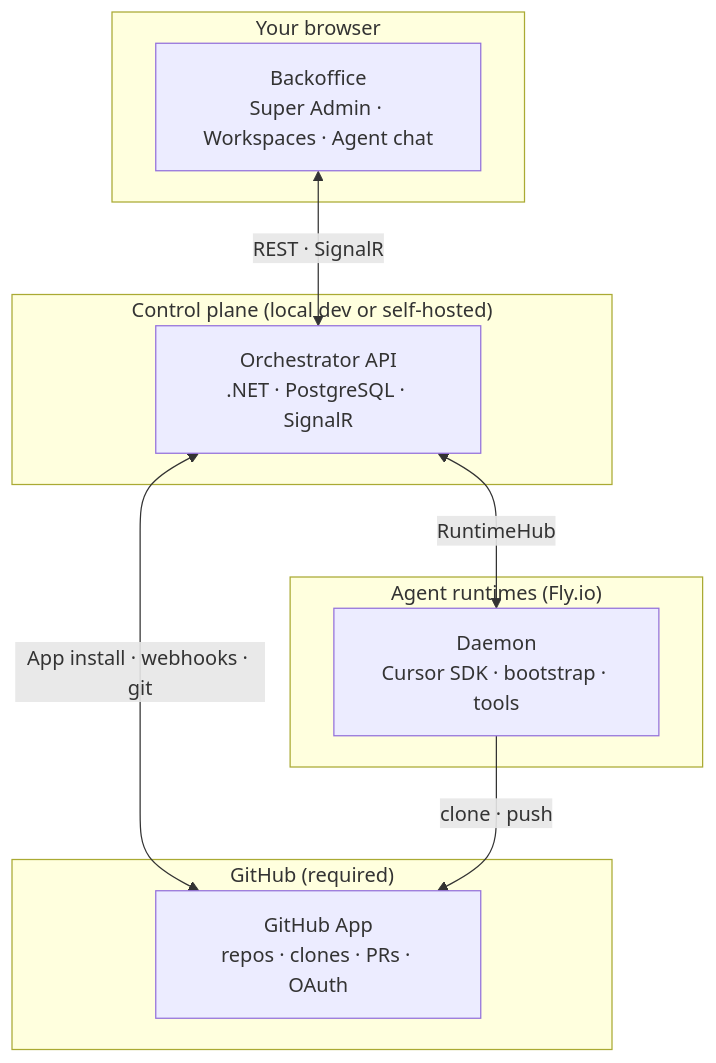
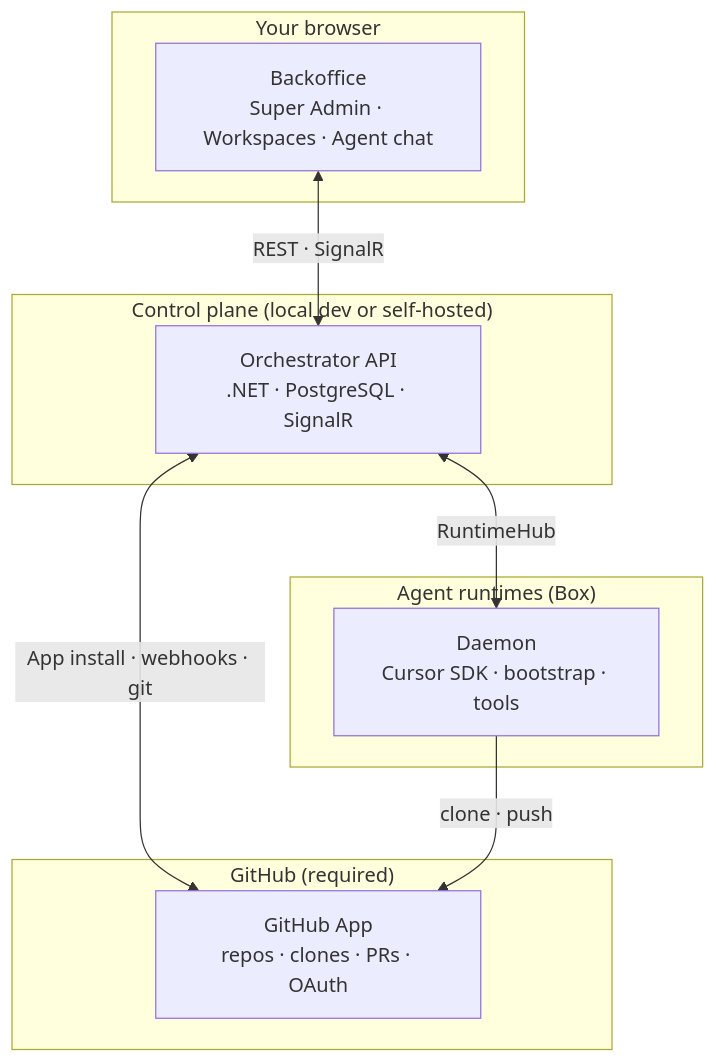
One commit to dotnetmentor/glenn-code-factory changed the diagram in README.md. Above: the diagram before and after it, drawn with Mermaid. The commit also changed other lines of this file and 250 other files, not shown here.

First line of the commit message:
Box-native runtime host: replace Fly.io entirely with Box (box.ascii.dev)

````diff
--- a/README.md
+++ b/README.md
@@ -27,23 +27,23 @@
 ```mermaid
 flowchart TB
   subgraph browser["Your browser"]
     BO["Backoffice<br/>Super Admin · Workspaces · Agent chat"]
   end
 
   subgraph control["Control plane (local dev or self-hosted)"]
     API["Orchestrator API<br/>.NET · PostgreSQL · SignalR"]
   end
 
   subgraph github["GitHub (required)"]
     GH["GitHub App<br/>repos · clones · PRs · OAuth"]
   end
 
-  subgraph runtimes["Agent runtimes (Fly.io)"]
+  subgraph runtimes["Agent runtimes (Box)"]
     DA["Daemon<br/>Cursor SDK · bootstrap · tools"]
   end
 
   BO <-->|REST · SignalR| API
   API <-->|RuntimeHub| DA
   API <-->|App install · webhooks · git| GH
   DA -->|clone · push| GH
 ```
````
